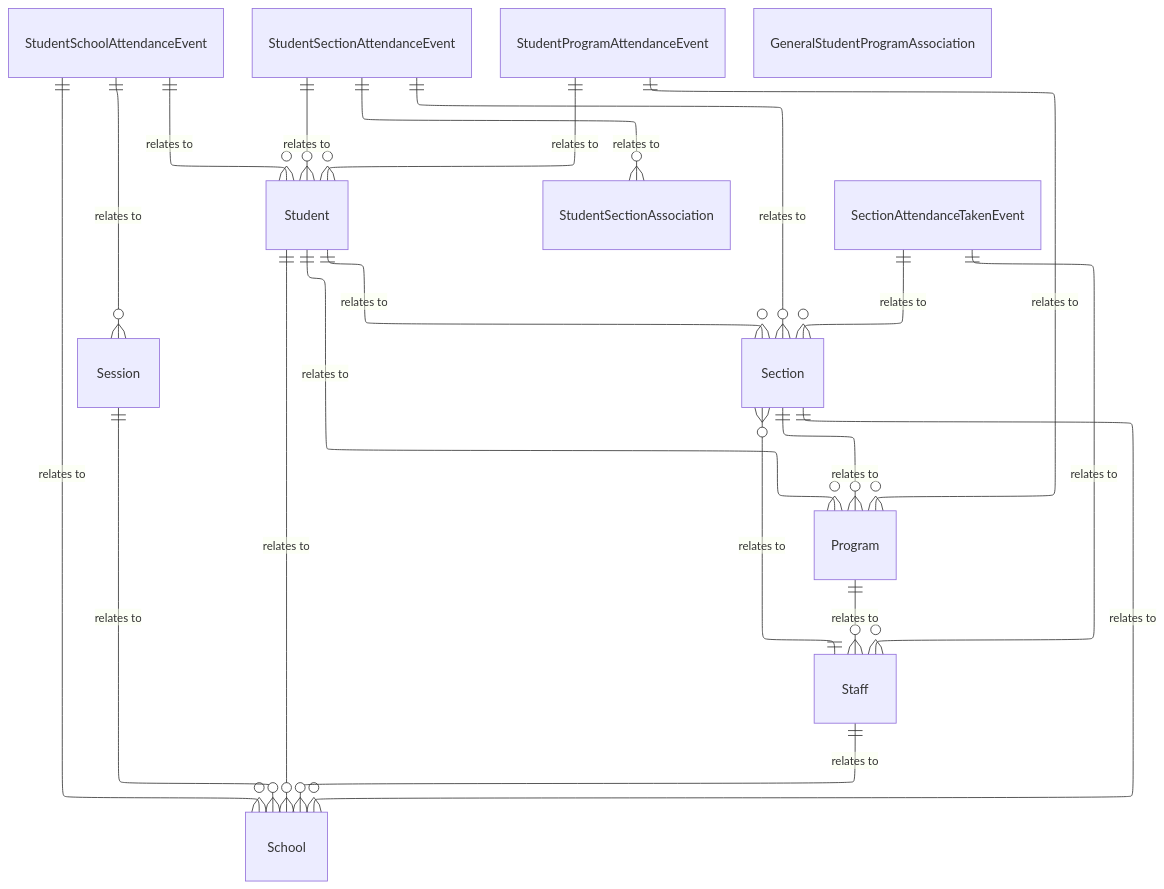
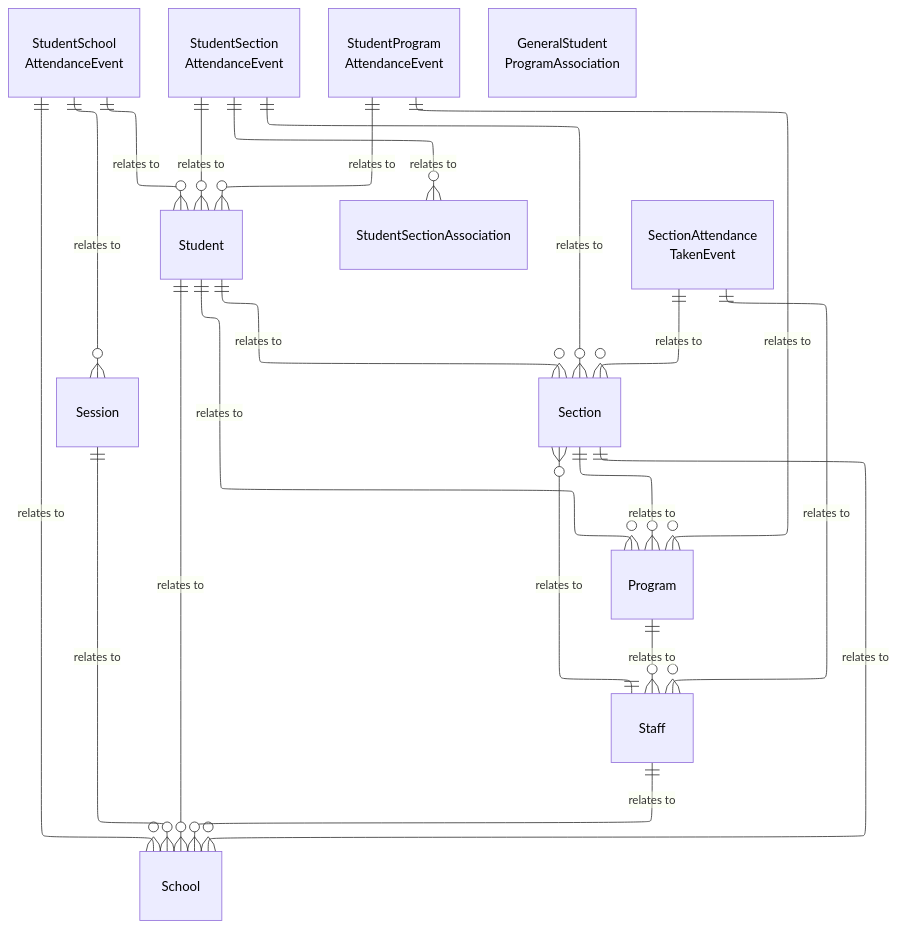
Before and after one commit to Ed-Fi-Alliance-OSS/ed-fi-alliance-oss.github.io: the diagram in dataStandard_versioned_docs/version-6/model-reference/student-attendance-domain/model-diagrams.md, drawn with Mermaid. The commit also changed 24 other files, not shown here.

````diff
--- a/dataStandard_versioned_docs/version-6/model-reference/student-attendance-domain/model-diagrams.md
+++ b/dataStandard_versioned_docs/version-6/model-reference/student-attendance-domain/model-diagrams.md
@@ -10,52 +10,62 @@
 ```mermaid
 ---
-
 config:
   layout: elk
 ---
-
 erDiagram
     Student {
     }
-    StudentSchoolAttendanceEvent {
+    StudentSchoolAttendanceEvent["StudentSchool<br/>AttendanceEvent"] {
     }
-    StudentSectionAttendanceEvent {
+    StudentSectionAttendanceEvent["StudentSection<br/>AttendanceEvent"] {
     }
-    StudentProgramAttendanceEvent {
+    StudentProgramAttendanceEvent["StudentProgram<br/>AttendanceEvent"] {
     }
     StudentSectionAssociation {
     }
-    GeneralStudentProgramAssociation {
+    GeneralStudentProgramAssociation["GeneralStudent<br/>ProgramAssociation"] {
     }
-    SectionAttendanceTakenEvent {
+    SectionAttendanceTakenEvent["SectionAttendance<br/>TakenEvent"] {
     }
     Session {
     }
     Section {
     }
     Program {
     }
     School {
     }
     Staff {
     }
     StudentSchoolAttendanceEvent ||--o{ Student : "relates to"
     StudentSchoolAttendanceEvent ||--o{ School : "relates to"
     StudentSchoolAttendanceEvent ||--o{ Session : "relates to"
     StudentSectionAttendanceEvent ||--o{ Student : "relates to"
     StudentSectionAttendanceEvent ||--o{ Section : "relates to"
     StudentSectionAttendanceEvent ||--o{ StudentSectionAssociation : "relates to"
     StudentProgramAttendanceEvent ||--o{ Student : "relates to"
     StudentProgramAttendanceEvent ||--o{ Program : "relates to"
     SectionAttendanceTakenEvent ||--o{ Section : "relates to"
     SectionAttendanceTakenEvent ||--o{ Staff : "relates to"
     Student ||--o{ School : "relates to"
     Student ||--o{ Section : "relates to"
     Student ||--o{ Program : "relates to"
     Session ||--o{ School : "relates to"
     Section ||--o{ School : "relates to"
     Section ||--o{ Program : "relates to"
     Program ||--o{ Staff : "relates to"
     Staff ||--o{ School : "relates to"
     Staff ||--o{ Section : "relates to"
+    style Student color:#000000
+    style StudentSchoolAttendanceEvent color:#000000
+    style StudentSectionAttendanceEvent color:#000000
+    style StudentProgramAttendanceEvent color:#000000
+    style StudentSectionAssociation color:#000000
+    style GeneralStudentProgramAssociation color:#000000
+    style SectionAttendanceTakenEvent color:#000000
+    style Session color:#000000
+    style Section color:#000000
+    style Program color:#000000
+    style School color:#000000
+    style Staff color:#000000
 ```
````
